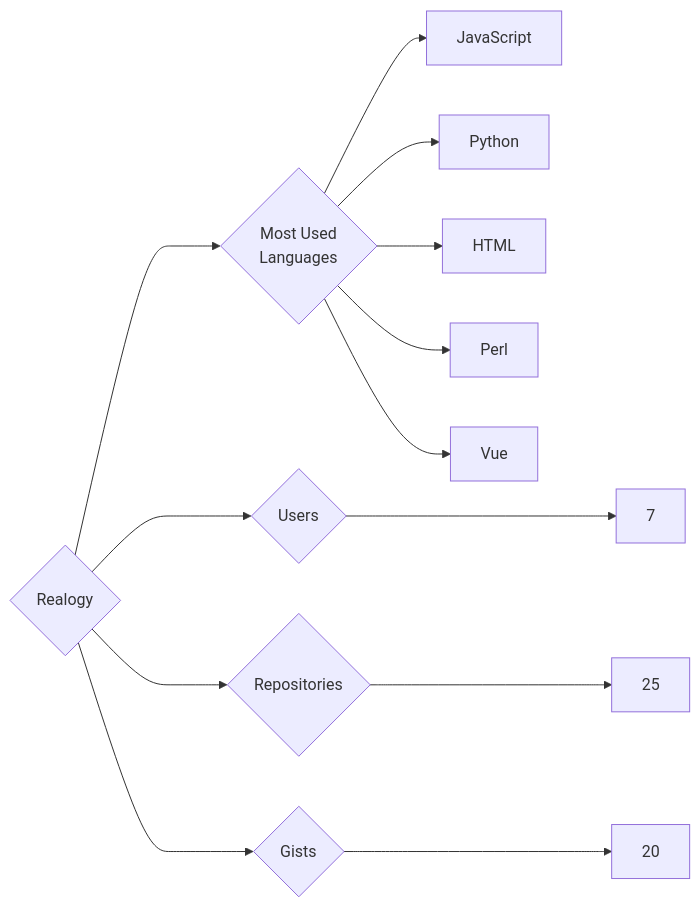
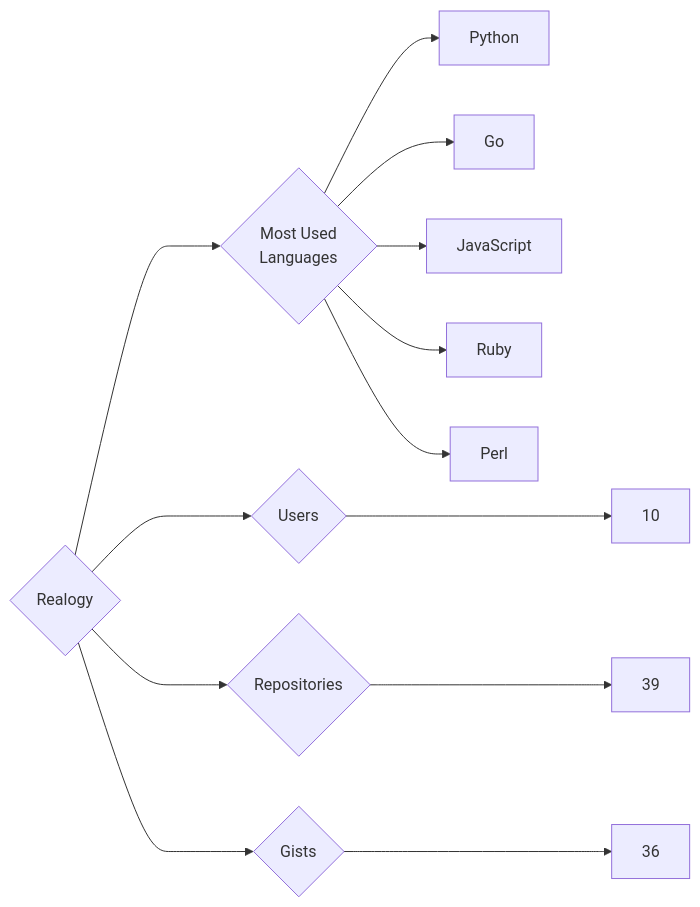
One commit to trickest/insiders changed the diagram in targets/Realogy/README.md. Above: the diagram before and after it, drawn with Mermaid. The commit also changed 1479 other files, not shown here.

````diff
--- a/targets/Realogy/README.md
+++ b/targets/Realogy/README.md
@@ -3,13 +3,13 @@
 ```mermaid
 graph LR
 COMPANY_NAME{Realogy}
-COMPANY_NAME ---> U{Users} ---> UN[7]
-COMPANY_NAME ---> R{Repositories} ---> RN[25]
-COMPANY_NAME ---> G{Gists} ---> GN[20]
+COMPANY_NAME ---> U{Users} ---> UN[10]
+COMPANY_NAME ---> R{Repositories} ---> RN[39]
+COMPANY_NAME ---> G{Gists} ---> GN[36]
 COMPANY_NAME ---> ML{Most Used<br>Languages}
+ML --> Python[Python]
+ML --> Go[Go]
 ML --> JavaScript[JavaScript]
-ML --> Python[Python]
-ML --> HTML[HTML]
+ML --> Ruby[Ruby]
 ML --> Perl[Perl]
-ML --> Vue[Vue]
 ```
````
